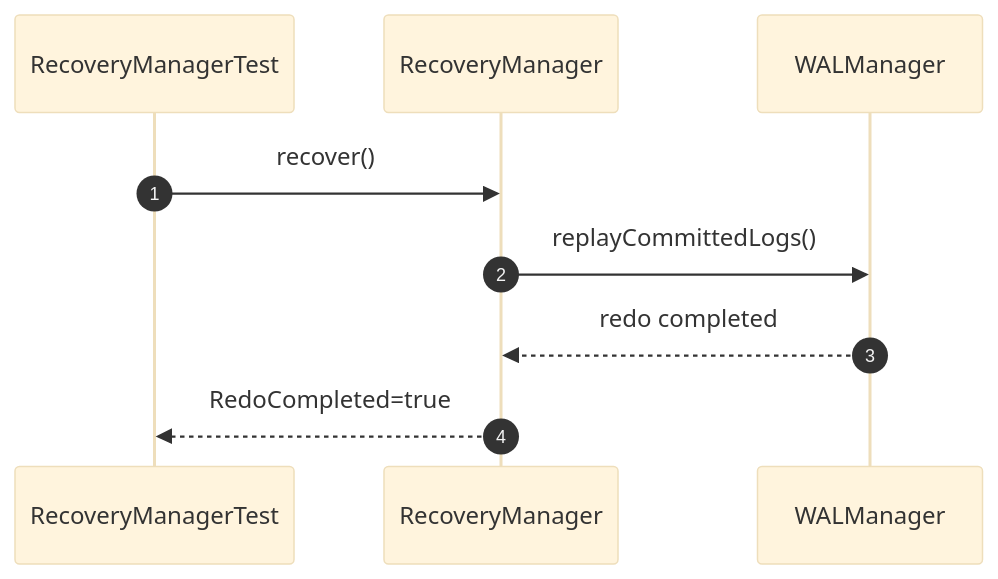
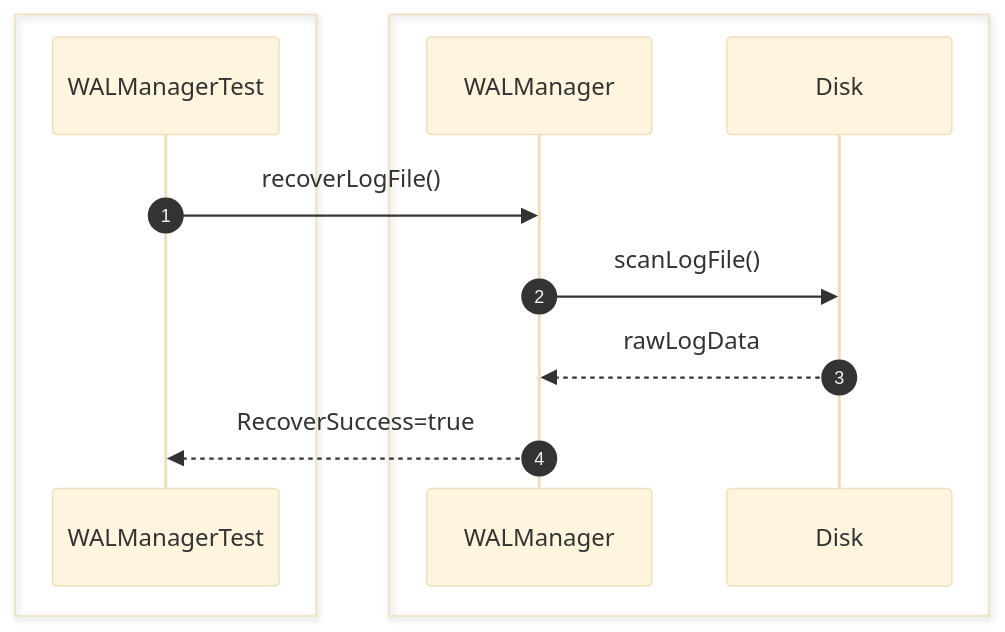
Before and after one commit to Huy1801214/dbms-architecture: the eighth of 28 diagrams in src/sequence/recovery.md, drawn with Mermaid (base theme). The commit also changed other lines of this file and 10 other files, not shown here.

Commit message:
add comprehensive sequence diagrams and documentation for system architecture and unit testing specifications

````diff
--- a/src/sequence/recovery.md
+++ b/src/sequence/recovery.md
@@ -95,15 +127,17 @@
 ```mermaid
 sequenceDiagram
     autonumber
-    participant Test as RecoveryManagerTest
-    participant Recovery as RecoveryManager
+
+    box #e1f5fe Test Suite
+    participant Test as WALManagerTest
+    end
+    box #ffebee Recovery Components
     participant WAL as WALManager
+    participant Disk as Disk
+    end
 
-    Test->>Recovery: recover()
-
-    Recovery->>WAL: replayCommittedLogs()
-
-    WAL-->>Recovery: redo completed
-
-    Recovery-->>Test: RedoCompleted=true
+    Test->>WAL: recoverLogFile()
+    WAL->>Disk: scanLogFile()
+    Disk-->>WAL: rawLogData
+    WAL-->>Test: RecoverSuccess=true
 ```
````
